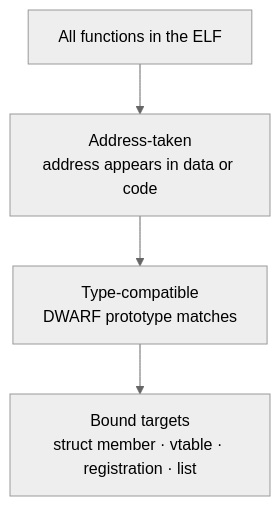
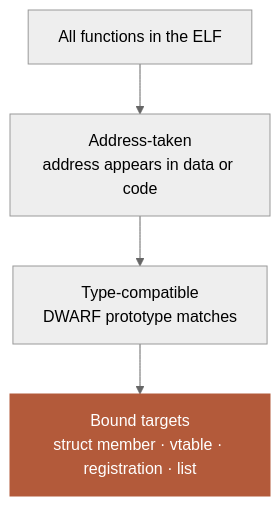
One commit to binhnguyenthanh051-ops/stack_bound changed the fifth of 6 diagrams in docs/idea.md. Above: the diagram before and after it, drawn with Mermaid (neutral theme). The commit also changed other lines of this file and 3 other files, not shown here.

First line of the commit message:
docs: key/hot figure boxes; idea reviewed; Thumb-2 figure top-down

````diff
--- a/docs/idea.md
+++ b/docs/idea.md
@@ -98,6 +102,8 @@
 ```mermaid
 flowchart TB
   A["All functions in the ELF"] --> B["Address-taken<br/>address appears in data or code"]
   B --> C["Type-compatible<br/>DWARF prototype matches"]
   C --> D["Bound targets<br/>struct member · vtable · registration · list"]
+  classDef hot fill:#b35a3a,stroke:#b35a3a,color:#ffffff
+  class D hot
 ```
````
